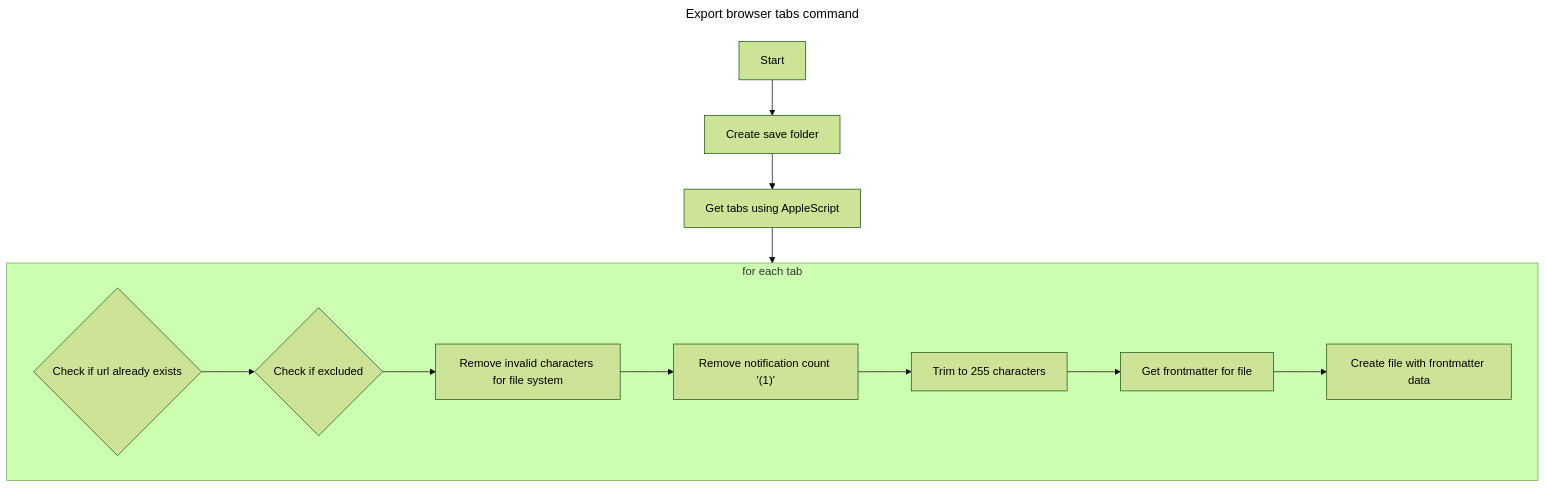
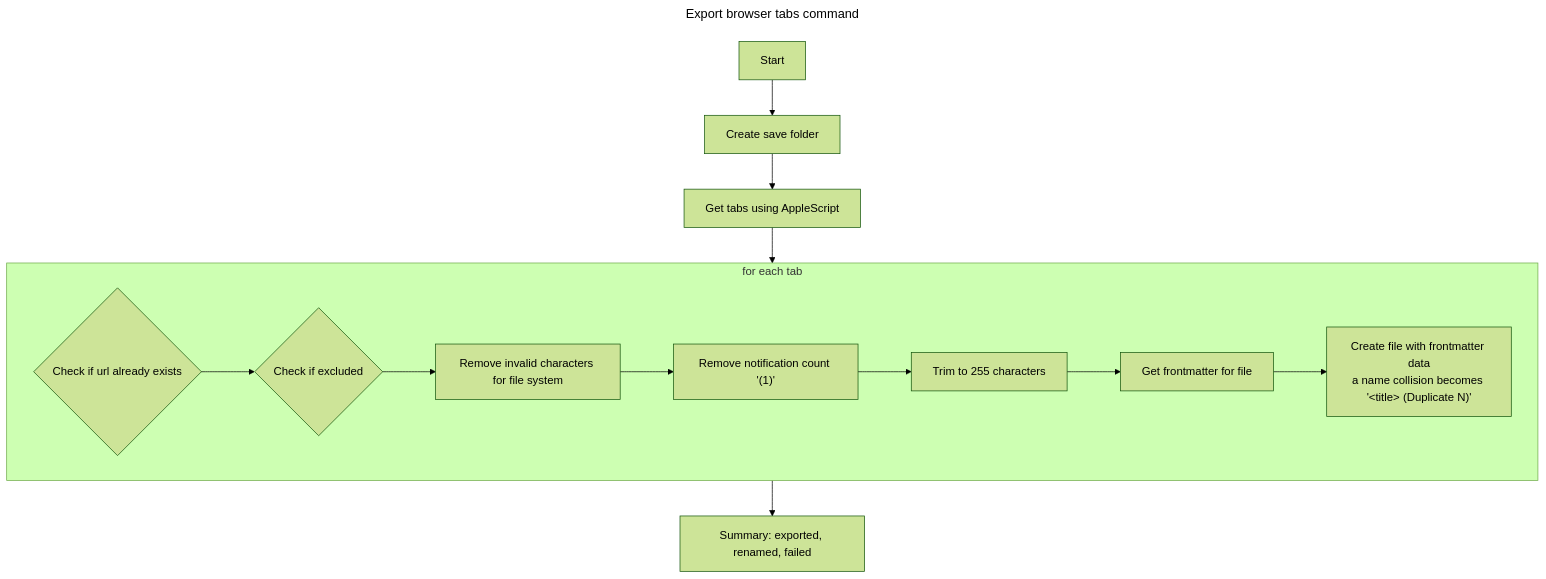
The first of 2 diagrams in docs/export-flowchart.md (decaf-dev/obsidian-export-browser-tabs), drawn with Mermaid (forest theme) before and after one commit. The commit also changed other lines of this file and 4 other files, not shown here.

First line of the commit message:
feat: name colliding tabs "(Duplicate)" instead of "Tab conflict"

````diff
--- a/docs/export-flowchart.md
+++ b/docs/export-flowchart.md
@@ -3,18 +3,19 @@
 ```mermaid
 ---
 title: Export browser tabs command
 ---
 flowchart TD
     Start --> A
 	A[Create save folder] --> B[Get tabs using AppleScript]
 	B --> one
 	subgraph one[for each tab]
 	C{Check if url already exists} --> D{Check if excluded}
 	D --> E[Remove invalid characters for file system]
 	E --> F["Remove notification count '(1)'"]
 	F --> G[Trim to 255 characters]
 	G --> H[Get frontmatter for file]
-	H --> I[Create file with frontmatter data]
+	H --> I["Create file with frontmatter data<br/>a name collision becomes '&lt;title&gt; (Duplicate N)'"]
 
 	end
+	one --> Summary["Summary: exported, renamed, failed"]
 ```
````
